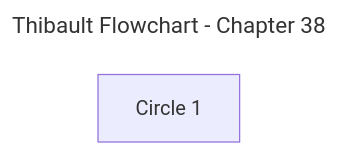
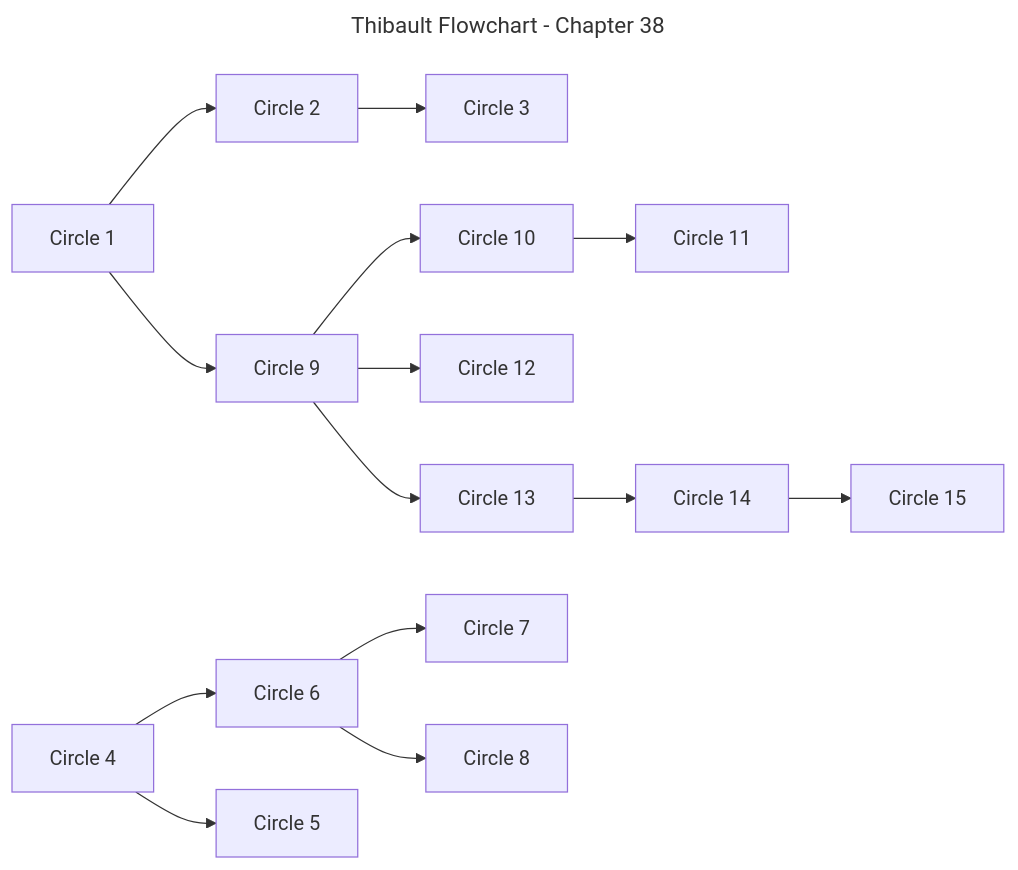
The diagram in flowchart-per-chapter/chapter-38.mmd (aquesnel/thibault-flowchart), drawn with Mermaid before and after one commit.

Commit message:
feat(ch38): initial flowchart of the circles

```diff
--- a/flowchart-per-chapter/chapter-38.mmd
+++ b/flowchart-per-chapter/chapter-38.mmd
@@ -1,10 +1,39 @@
 ---
 title: Thibault Flowchart - Chapter 38
 config:
   layout: dagre
   flowchart:
     htmlLabels: false
 ---
 flowchart LR
 	%% Nodes
 	B2_T07_C01["Circle 1"]
+	B2_T07_C02["Circle 2"]
+	B2_T07_C03["Circle 3"]
+	B2_T07_C04["Circle 4"]
+	B2_T07_C05["Circle 5"]
+	B2_T07_C06["Circle 6"]
+	B2_T07_C07["Circle 7"]
+	B2_T07_C08["Circle 8"]
+	B2_T07_C09["Circle 9"]
+	B2_T07_C10["Circle 10"]
+	B2_T07_C11["Circle 11"]
+	B2_T07_C12["Circle 12"]
+	B2_T07_C13["Circle 13"]
+	B2_T07_C14["Circle 14"]
+	B2_T07_C15["Circle 15"]
+
+	%% Edges
+	B2_T07_C01 --> B2_T07_C02
+	B2_T07_C02 --> B2_T07_C03
+	B2_T07_C04 --> B2_T07_C06
+	B2_T07_C04 --> B2_T07_C05
+	B2_T07_C06 --> B2_T07_C07
+	B2_T07_C06 --> B2_T07_C08
+	B2_T07_C01 --> B2_T07_C09
+	B2_T07_C09 --> B2_T07_C10
+	B2_T07_C10 --> B2_T07_C11
+	B2_T07_C09 --> B2_T07_C12
+	B2_T07_C09 --> B2_T07_C13
+	B2_T07_C13 --> B2_T07_C14
+	B2_T07_C14 --> B2_T07_C15
```
